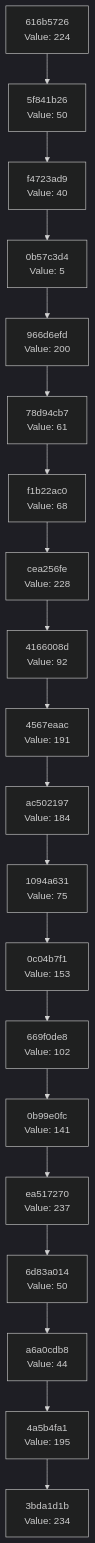
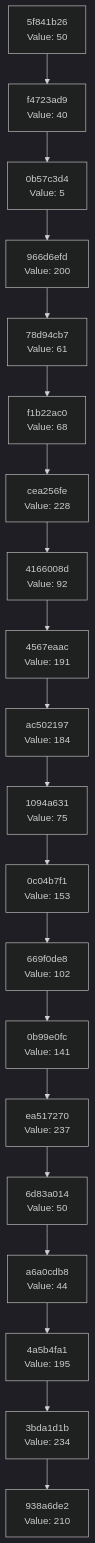
Before and after one commit to Abhisheksinha1506/hash-chain-evolver: the diagram in docs/CHAIN_VISUALIZATION.md, drawn with Mermaid (dark theme). The commit also changed 3 other files, not shown here.

````diff
--- a/docs/CHAIN_VISUALIZATION.md
+++ b/docs/CHAIN_VISUALIZATION.md
@@ -3,42 +3,42 @@
 ```mermaid
 graph TD
-    C0["3bda1d1b<br/>Value: 234"]
-    C1["4a5b4fa1<br/>Value: 195"]
+    C0["938a6de2<br/>Value: 210"]
+    C1["3bda1d1b<br/>Value: 234"]
     C1 --> C0
-    C2["a6a0cdb8<br/>Value: 44"]
+    C2["4a5b4fa1<br/>Value: 195"]
     C2 --> C1
-    C3["6d83a014<br/>Value: 50"]
+    C3["a6a0cdb8<br/>Value: 44"]
     C3 --> C2
-    C4["ea517270<br/>Value: 237"]
+    C4["6d83a014<br/>Value: 50"]
     C4 --> C3
-    C5["0b99e0fc<br/>Value: 141"]
+    C5["ea517270<br/>Value: 237"]
     C5 --> C4
-    C6["669f0de8<br/>Value: 102"]
+    C6["0b99e0fc<br/>Value: 141"]
     C6 --> C5
-    C7["0c04b7f1<br/>Value: 153"]
+    C7["669f0de8<br/>Value: 102"]
     C7 --> C6
-    C8["1094a631<br/>Value: 75"]
+    C8["0c04b7f1<br/>Value: 153"]
     C8 --> C7
-    C9["ac502197<br/>Value: 184"]
+    C9["1094a631<br/>Value: 75"]
     C9 --> C8
-    C10["4567eaac<br/>Value: 191"]
+    C10["ac502197<br/>Value: 184"]
     C10 --> C9
-    C11["4166008d<br/>Value: 92"]
+    C11["4567eaac<br/>Value: 191"]
     C11 --> C10
-    C12["cea256fe<br/>Value: 228"]
+    C12["4166008d<br/>Value: 92"]
     C12 --> C11
-    C13["f1b22ac0<br/>Value: 68"]
+    C13["cea256fe<br/>Value: 228"]
     C13 --> C12
-    C14["78d94cb7<br/>Value: 61"]
+    C14["f1b22ac0<br/>Value: 68"]
     C14 --> C13
-    C15["966d6efd<br/>Value: 200"]
+    C15["78d94cb7<br/>Value: 61"]
     C15 --> C14
-    C16["0b57c3d4<br/>Value: 5"]
+    C16["966d6efd<br/>Value: 200"]
     C16 --> C15
-    C17["f4723ad9<br/>Value: 40"]
+    C17["0b57c3d4<br/>Value: 5"]
     C17 --> C16
-    C18["5f841b26<br/>Value: 50"]
+    C18["f4723ad9<br/>Value: 40"]
     C18 --> C17
-    C19["616b5726<br/>Value: 224"]
+    C19["5f841b26<br/>Value: 50"]
     C19 --> C18
 ```
````
